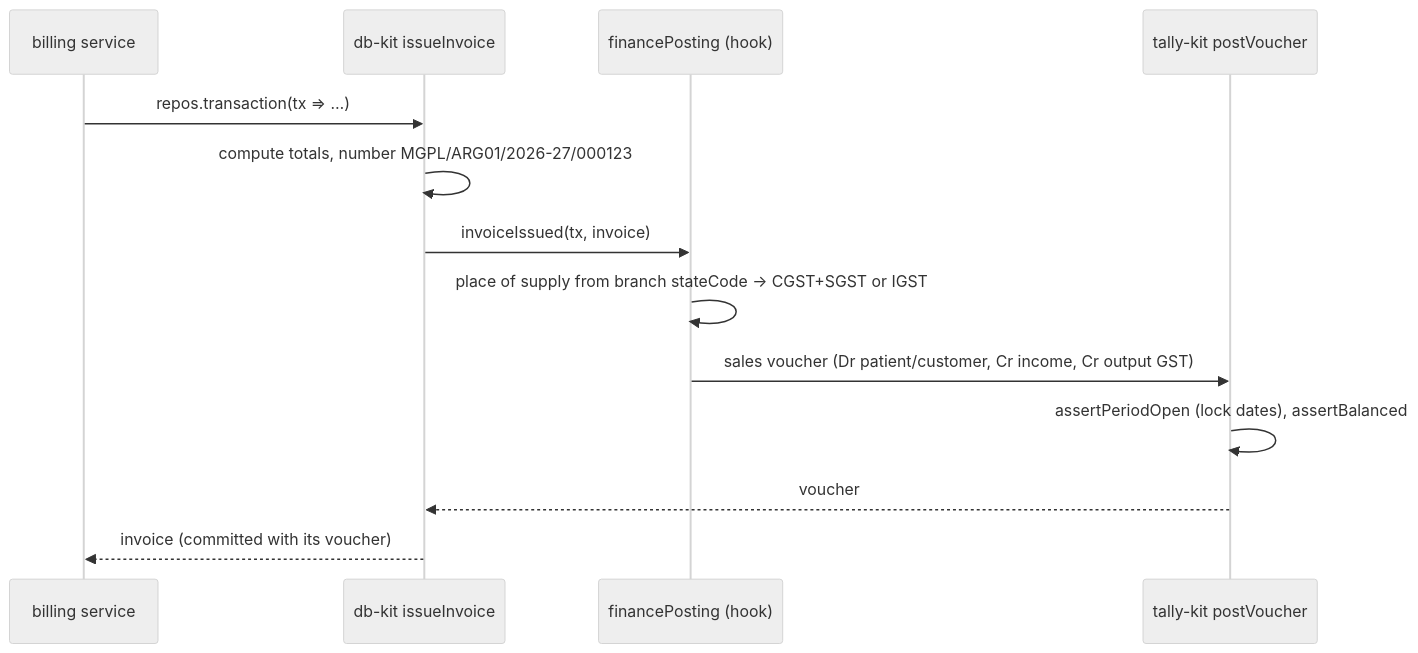
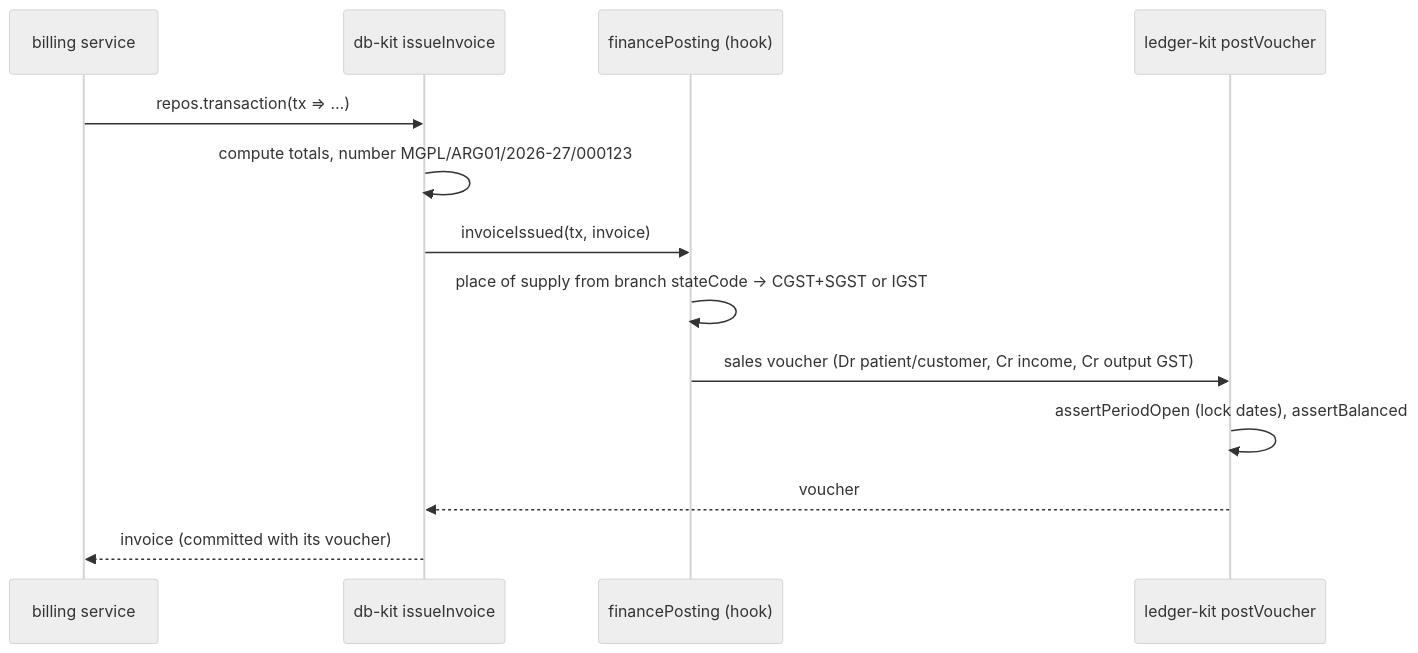
Before and after one commit to mgpl-diagnostics/api: the sixth of 10 diagrams in docs/07-domain-flows.md, drawn with Mermaid (neutral theme). The commit also changed other lines of this file and 23 other files, not shown here.

First line of the commit message:
feat: kits from GitHub Packages; ledger-kit; db-kit 2.0.0 (#7)

````diff
--- a/docs/07-domain-flows.md
+++ b/docs/07-domain-flows.md
@@ -92,15 +92,15 @@
 ```mermaid
 sequenceDiagram
   participant API as billing service
   participant DB as db-kit issueInvoice
   participant H as financePosting (hook)
-  participant T as tally-kit postVoucher
+  participant T as ledger-kit postVoucher
   API->>DB: repos.transaction(tx => …)
   DB->>DB: compute totals, number MGPL/ARG01/2026-27/000123
   DB->>H: invoiceIssued(tx, invoice)
   H->>H: place of supply from branch stateCode → CGST+SGST or IGST
   H->>T: sales voucher (Dr patient/customer, Cr income, Cr output GST)
   T->>T: assertPeriodOpen (lock dates), assertBalanced
   T-->>DB: voucher
   DB-->>API: invoice (committed with its voucher)
 ```
````
